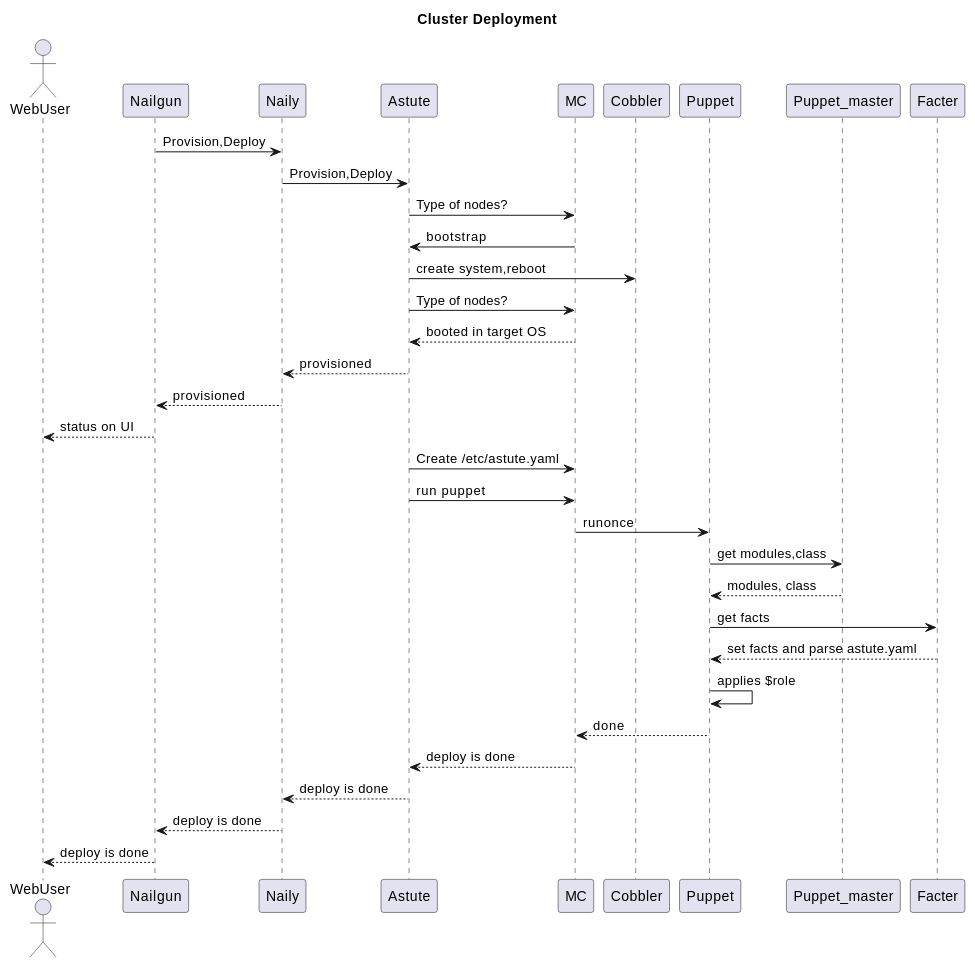
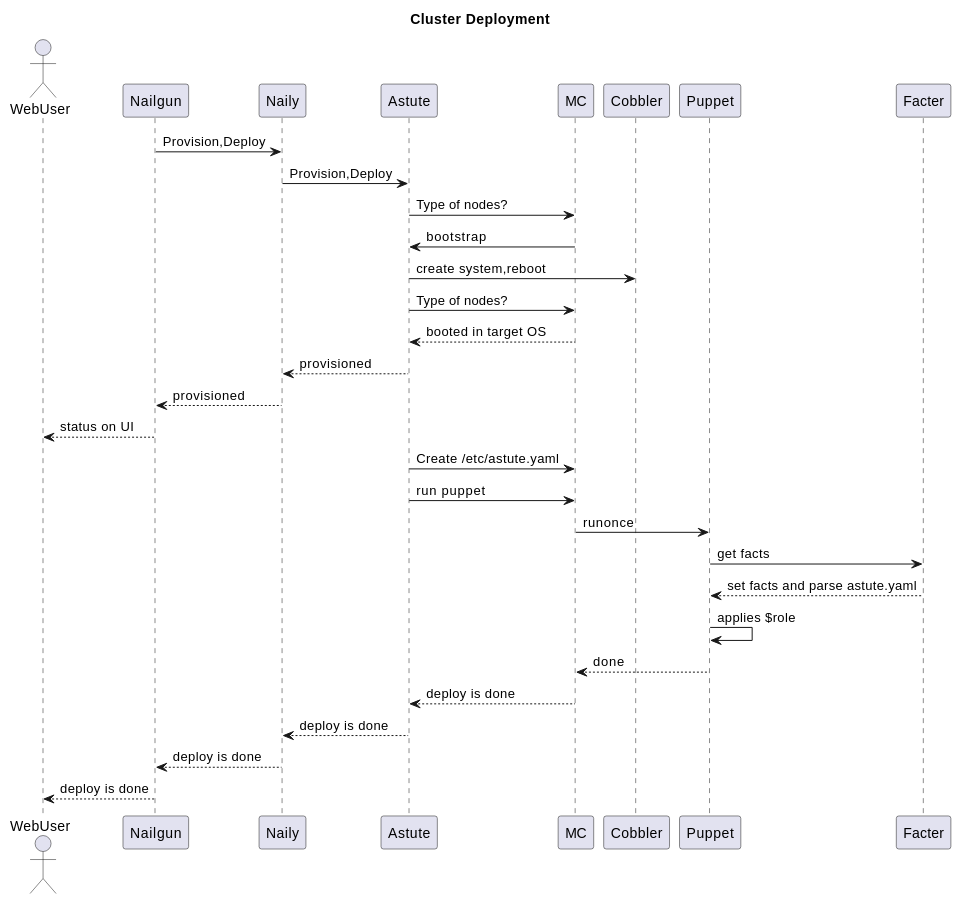
Before and after one commit to openstack-archive/fuel-web: the third of 3 diagrams in docs/develop/sequence.rst, drawn with PlantUML. The commit also changed other lines of this file and 4 other files, not shown here.

First line of the commit message:
Removed references to puppet master

```diff
--- a/docs/develop/sequence.rst
+++ b/docs/develop/sequence.rst
@@ -69,30 +69,28 @@
  .. uml::
     title Cluster Deployment
     actor WebUser
 
     Nailgun -> Naily: Provision,Deploy
     Naily -> Astute: Provision,Deploy
     Astute -> MC: Type of nodes?
     MC -> Astute: bootstrap
     Astute -> Cobbler: create system,reboot
     Astute -> MC: Type of nodes?
 
     MC --> Astute: booted in target OS
     Astute --> Naily: provisioned
     Naily --> Nailgun: provisioned
     Nailgun --> WebUser: status on UI
     Astute -> MC: Create /etc/astute.yaml
 
     Astute -> MC: run puppet
     MC -> Puppet: runonce
-    Puppet -> Puppet_master: get modules,class
-    Puppet_master --> Puppet: modules, class
     Puppet -> Facter: get facts
     Facter --> Puppet: set facts and parse astute.yaml
 
     Puppet -> Puppet: applies $role
     Puppet --> MC: done
     MC --> Astute: deploy is done
     Astute --> Naily: deploy is done
     Naily --> Nailgun: deploy is done
     Nailgun --> WebUser: deploy is done
```
